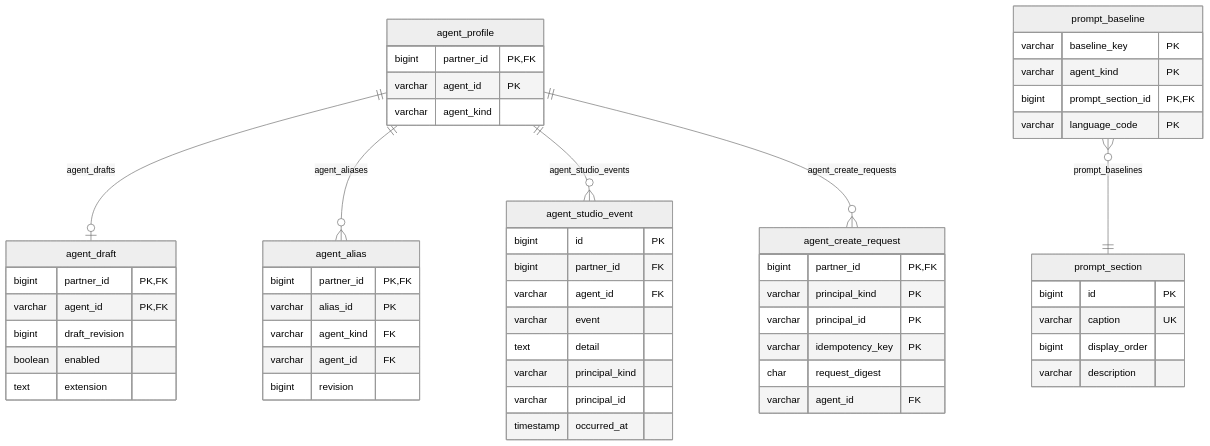
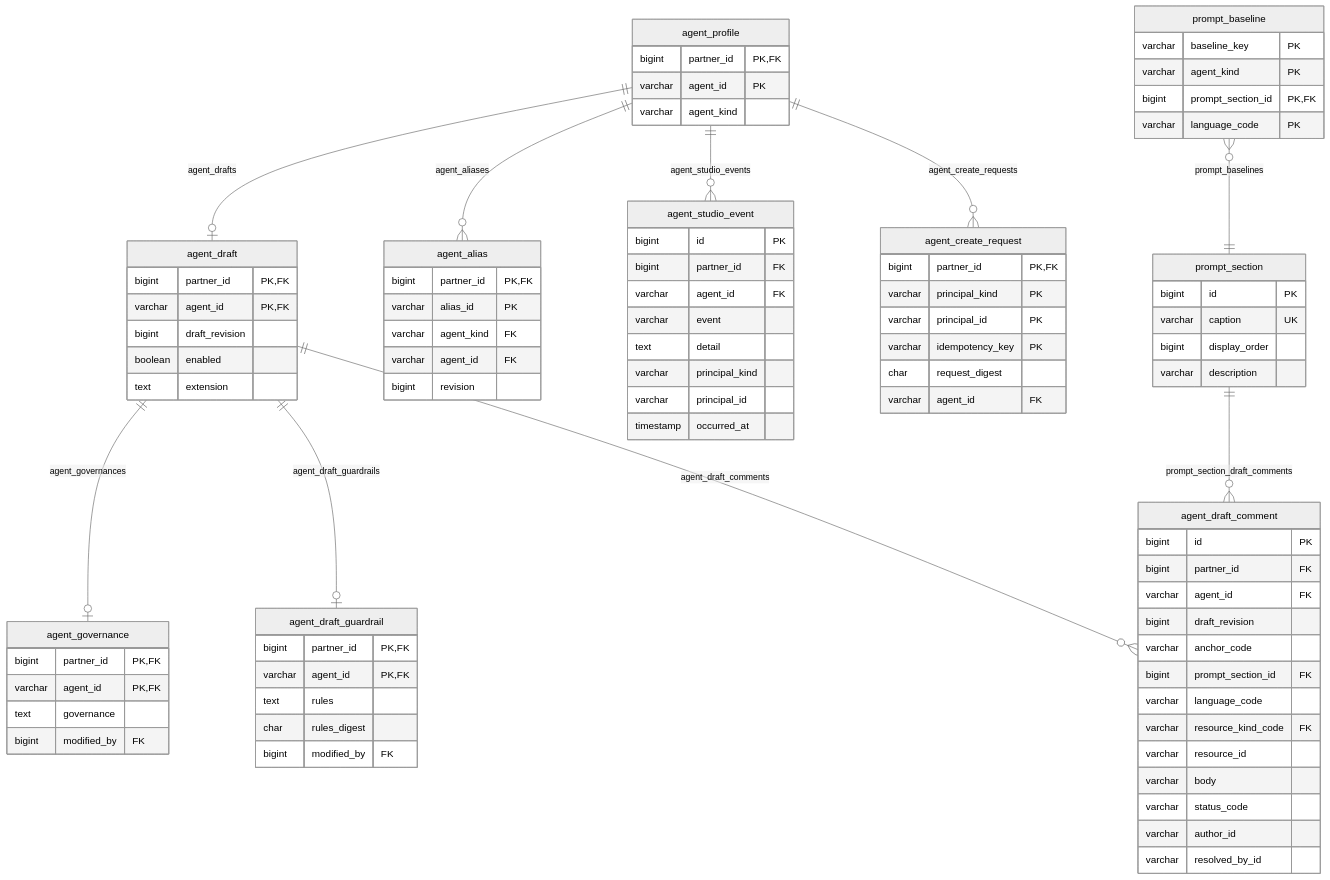
The sixth of 19 diagrams in doc/database.md (nauticana/scout), drawn with Mermaid (neutral theme) before and after one commit. The commit also changed other lines of this file and 243 other files, not shown here.

````diff
--- a/doc/database.md
+++ b/doc/database.md
@@ -719,6 +763,10 @@
     prompt_baseline }o--|| prompt_section : prompt_baselines
     agent_profile ||--o{ agent_studio_event : agent_studio_events
     agent_profile ||--o{ agent_create_request : agent_create_requests
+    agent_draft ||--o| agent_governance : agent_governances
+    agent_draft ||--o| agent_draft_guardrail : agent_draft_guardrails
+    agent_draft ||--o{ agent_draft_comment : agent_draft_comments
+    prompt_section ||--o{ agent_draft_comment : prompt_section_draft_comments
 
     agent_studio_event {
         bigint id PK
@@ -769,4 +817,32 @@
         bigint prompt_section_id PK,FK
         varchar language_code PK
     }
+    agent_governance {
+        bigint partner_id PK,FK
+        varchar agent_id PK,FK
+        text governance
+        bigint modified_by FK
+    }
+    agent_draft_guardrail {
+        bigint partner_id PK,FK
+        varchar agent_id PK,FK
+        text rules
+        char rules_digest
+        bigint modified_by FK
+    }
+    agent_draft_comment {
+        bigint id PK
+        bigint partner_id FK
+        varchar agent_id FK
+        bigint draft_revision
+        varchar anchor_code
+        bigint prompt_section_id FK
+        varchar language_code
+        varchar resource_kind_code FK
+        varchar resource_id
+        varchar body
+        varchar status_code
+        varchar author_id
+        varchar resolved_by_id
+    }
 ```
````
